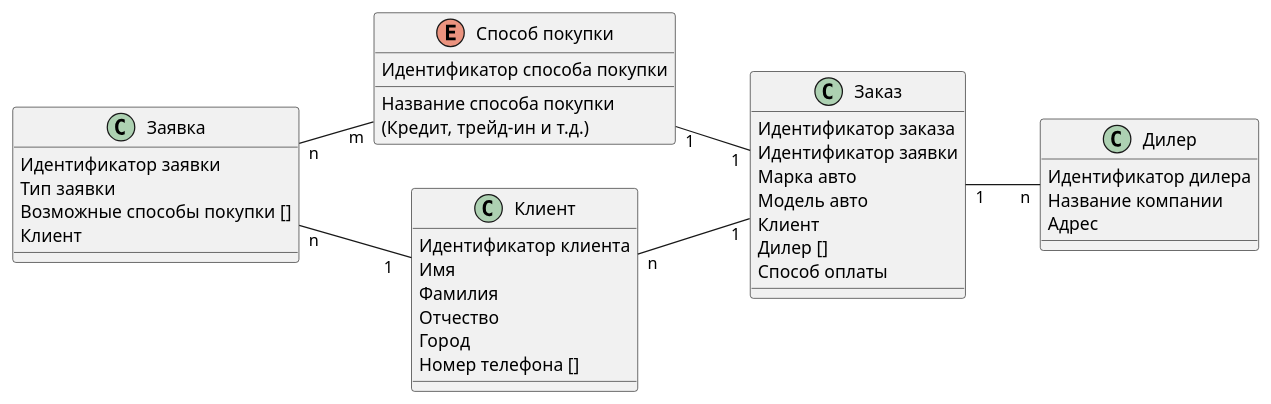
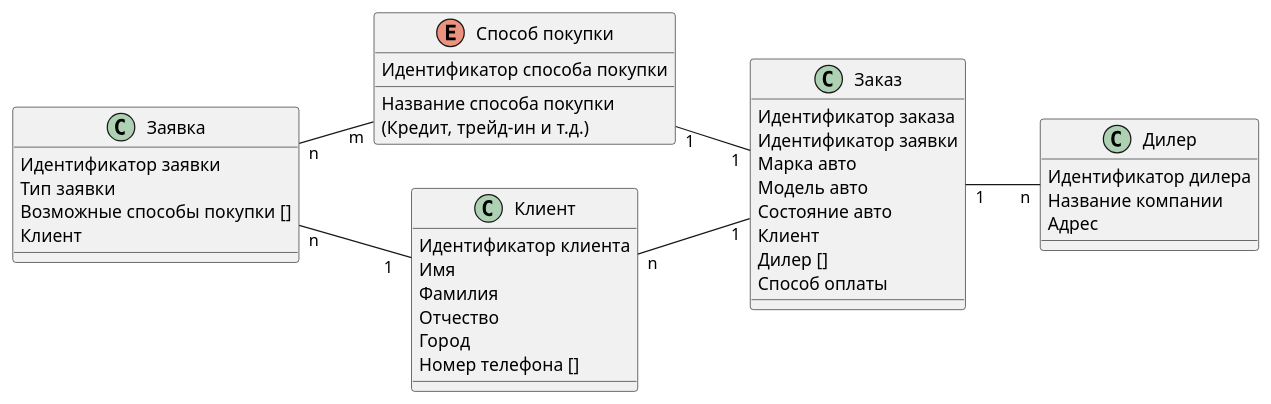
Before and after one commit to grizzly-orange/test_tasks: the diagram in autospot/Autospot_Order_ER_Logical.puml, drawn with PlantUML. The commit also changed 1 other file, not shown here.

```diff
--- a/autospot/Autospot_Order_ER_Logical.puml
+++ b/autospot/Autospot_Order_ER_Logical.puml
@@ -1,49 +1,50 @@
 @startuml Автоспот: логическая модель данных заказа
 
 left to right direction
 
 class "Заявка" as Application {
     Идентификатор заявки
     Тип заявки
     Возможные способы покупки []
     Клиент
 }
 
 enum "Способ покупки" as PaymentType {
     Идентификатор способа покупки
     Название способа покупки\n(Кредит, трейд-ин и т.д.)
 }
 
 class "Клиент" as Customer {
     Идентификатор клиента
     Имя
     Фамилия
     Отчество
     Город
     Номер телефона []
 }
 
 class "Заказ" as Order {
     Идентификатор заказа
     Идентификатор заявки
     Марка авто
     Модель авто
+    Состояние авто
     Клиент
     Дилер []
     Способ оплаты  
 }
 
 class "Дилер" as Dealer {
     Идентификатор дилера
     Название компании
     Адрес
 }
 
 Application "n" -- "1  " Customer
 Application "n" -- "m" PaymentType
 PaymentType  "1" -- "1" Order
 Customer "n" -- "1" Order 
 Order "1" -- "n" Dealer
 
 
 @enduml
```
